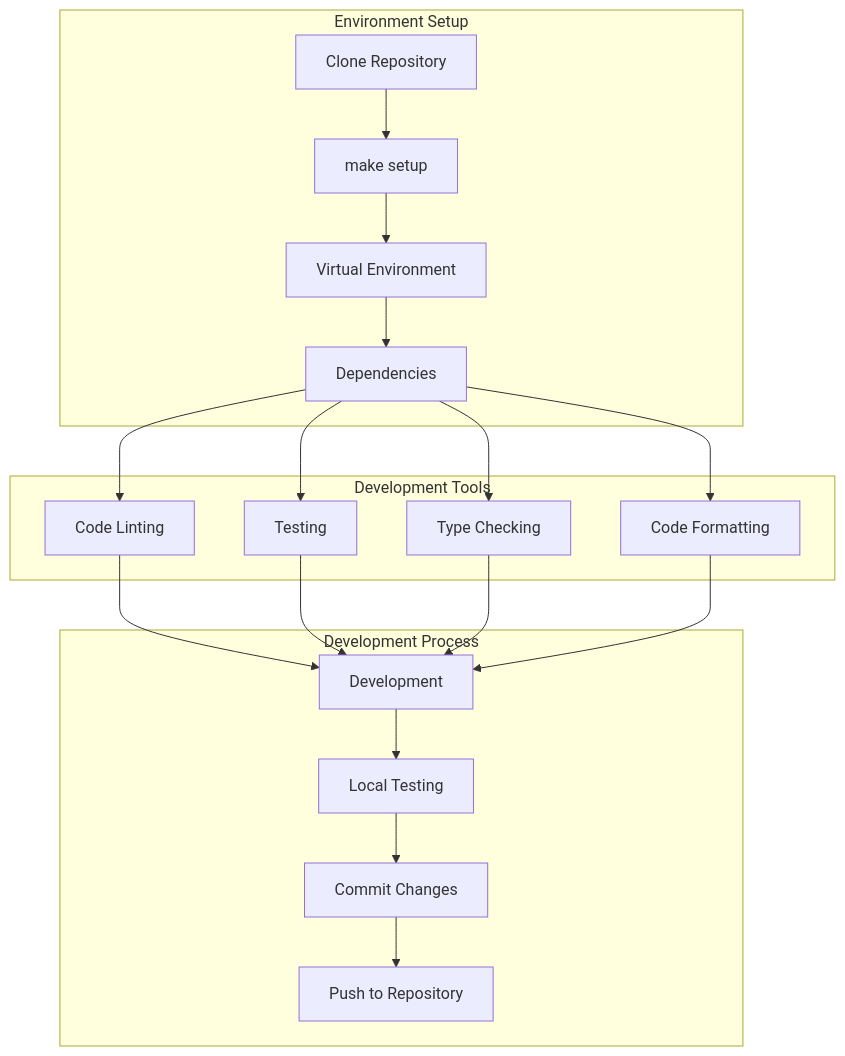
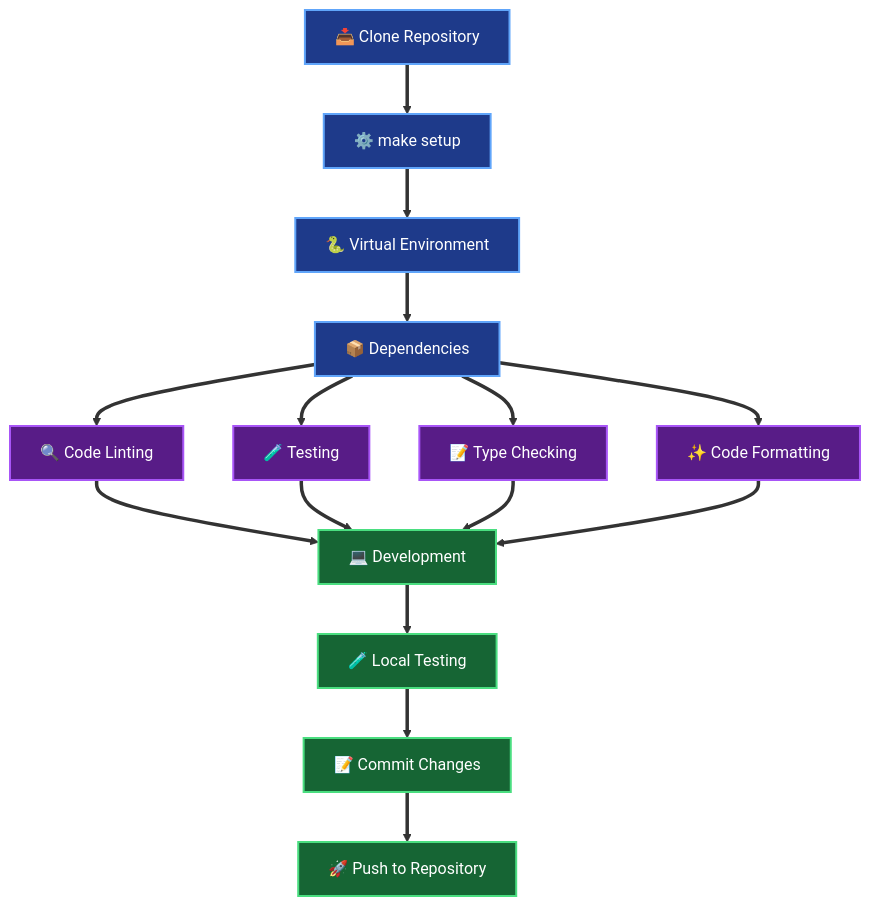
One commit to usathyan/paper-qa-ui changed diagram 16 of 18 in docs/DEVELOPER.md. Above: the diagram before and after it, drawn with Mermaid. The commit also changed other lines of this file, not shown here.

````diff
--- a/docs/DEVELOPER.md
+++ b/docs/DEVELOPER.md
@@ -879,41 +891,48 @@
 ```mermaid
-graph TB
-    subgraph "Environment Setup"
-        CLONE[Clone Repository]
-        SETUP[make setup]
-        VENV[Virtual Environment]
-        DEPS[Dependencies]
-    end
+flowchart TD
+    %% Environment Setup
+    CLONE[📥 Clone Repository]
+    SETUP[⚙️ make setup]
+    VENV[🐍 Virtual Environment]
+    DEPS[📦 Dependencies]
     
-    subgraph "Development Tools"
-        LINT[Code Linting]
-        TEST[Testing]
-        TYPE_CHECK[Type Checking]
-        FORMAT[Code Formatting]
-    end
+    %% Development Tools
+    LINT[🔍 Code Linting]
+    TEST[🧪 Testing]
+    TYPE_CHECK[📝 Type Checking]
+    FORMAT[✨ Code Formatting]
     
-    subgraph "Development Process"
-        DEV[Development]
-        TEST_LOCAL[Local Testing]
-        COMMIT[Commit Changes]
-        PUSH[Push to Repository]
-    end
+    %% Development Process
+    DEV[💻 Development]
+    TEST_LOCAL[🧪 Local Testing]
+    COMMIT[📝 Commit Changes]
+    PUSH[🚀 Push to Repository]
     
-    CLONE --> SETUP
-    SETUP --> VENV
-    VENV --> DEPS
+    %% Flow
+    CLONE ==> SETUP
+    SETUP ==> VENV
+    VENV ==> DEPS
     
-    DEPS --> LINT
-    DEPS --> TEST
-    DEPS --> TYPE_CHECK
-    DEPS --> FORMAT
+    DEPS ==> LINT
+    DEPS ==> TEST
+    DEPS ==> TYPE_CHECK
+    DEPS ==> FORMAT
     
-    LINT --> DEV
-    TEST --> DEV
-    TYPE_CHECK --> DEV
-    FORMAT --> DEV
+    LINT ==> DEV
+    TEST ==> DEV
+    TYPE_CHECK ==> DEV
+    FORMAT ==> DEV
     
-    DEV --> TEST_LOCAL
-    TEST_LOCAL --> COMMIT
-    COMMIT --> PUSH
+    DEV ==> TEST_LOCAL
+    TEST_LOCAL ==> COMMIT
+    COMMIT ==> PUSH
+    
+    %% Styling
+    classDef setupStyle fill:#1e3a8a,stroke:#60a5fa,stroke-width:2px,color:#ffffff
+    classDef toolsStyle fill:#581c87,stroke:#a855f7,stroke-width:2px,color:#ffffff
+    classDef processStyle fill:#166534,stroke:#4ade80,stroke-width:2px,color:#ffffff
+    
+    class CLONE,SETUP,VENV,DEPS setupStyle
+    class LINT,TEST,TYPE_CHECK,FORMAT toolsStyle
+    class DEV,TEST_LOCAL,COMMIT,PUSH processStyle
 ```
````
